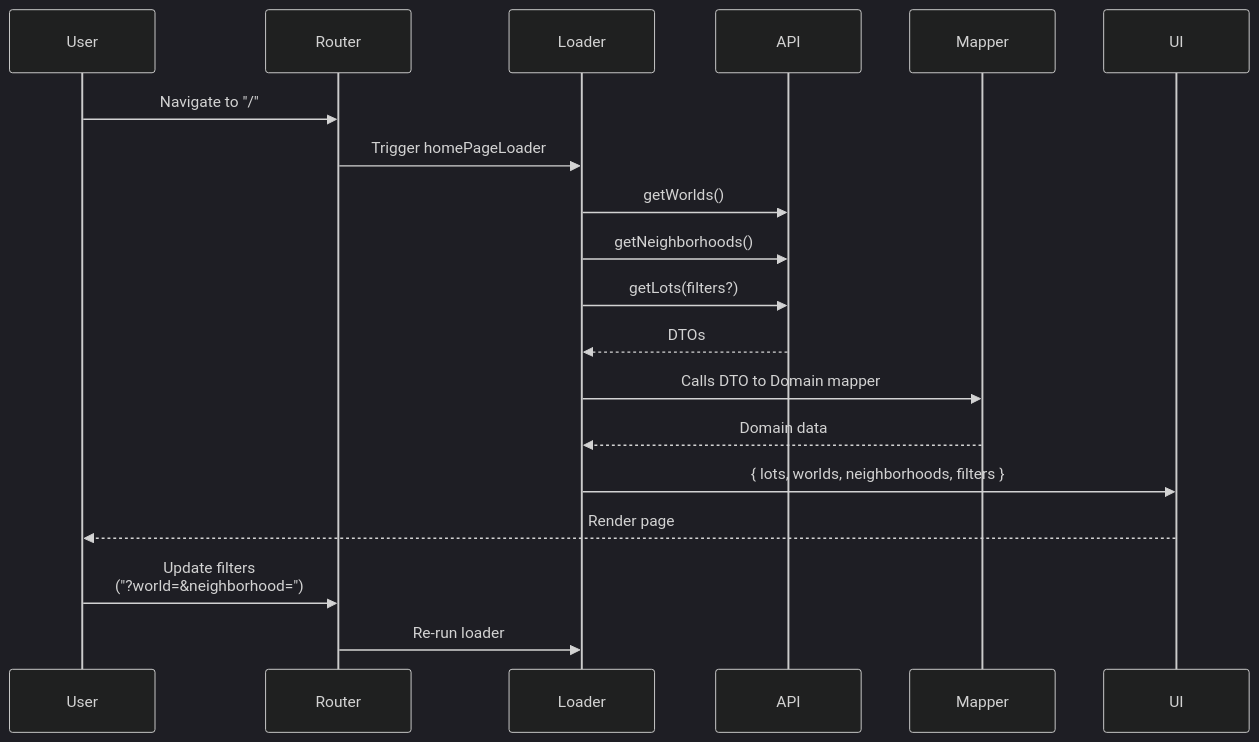
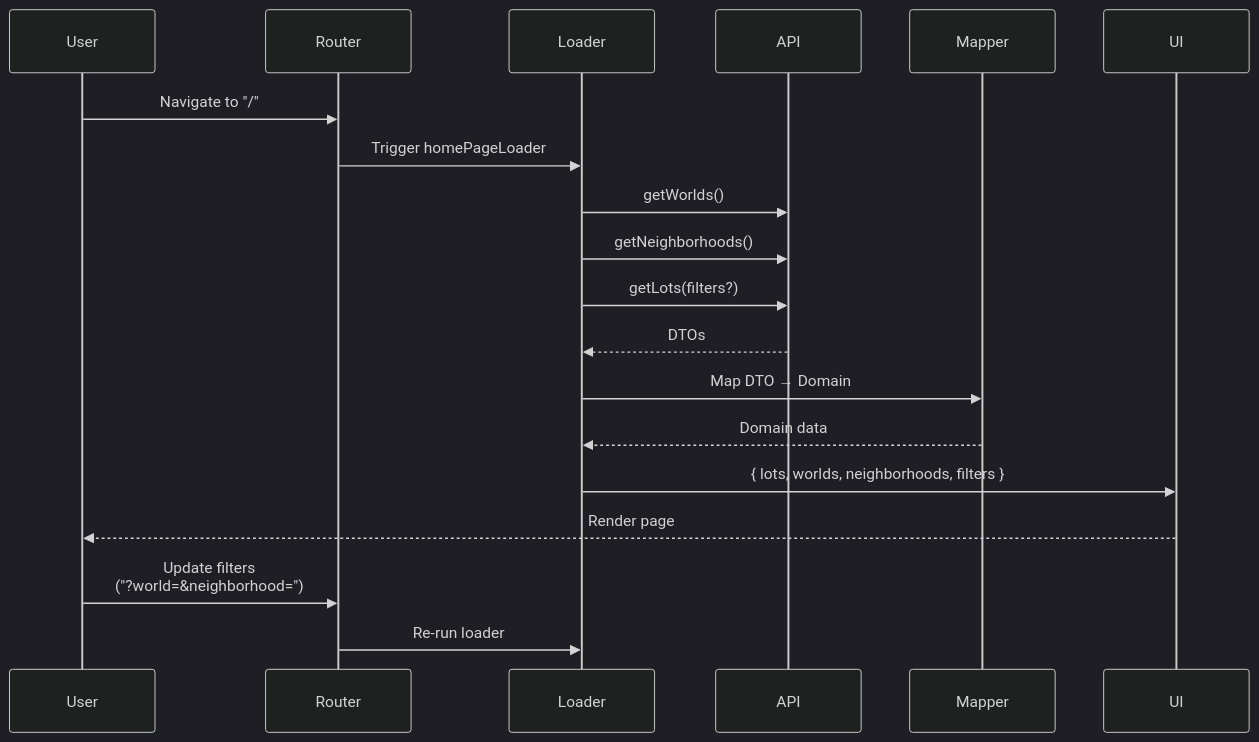
Before and after one commit to lairaalmas/reactlots-app: the fourth of 5 diagrams in app/docs/architecture.md, drawn with Mermaid (dark theme). The commit also changed other lines of this file and 6 other files, not shown here.

````diff
--- a/app/docs/architecture.md
+++ b/app/docs/architecture.md
@@ -130,24 +145,24 @@
 ```mermaid
 sequenceDiagram
   participant User
   participant Router
   participant Loader
   participant API
   participant Mapper
   participant UI
 
   User->>Router: Navigate to "/"
   Router->>Loader: Trigger homePageLoader
   Loader->>API: getWorlds()
   Loader->>API: getNeighborhoods()
   Loader->>API: getLots(filters?)
   API-->>Loader: DTOs
 
-  Loader->>Mapper: Calls DTO to Domain mapper
+  Loader->>Mapper: Map DTO → Domain
   Mapper-->>Loader: Domain data
 
   Loader->>UI: { lots, worlds, neighborhoods, filters }
   UI-->>User: Render page
   User->>Router: Update filters<br/>("?world=&neighborhood=")
   Router->>Loader: Re-run loader
 ```
````
